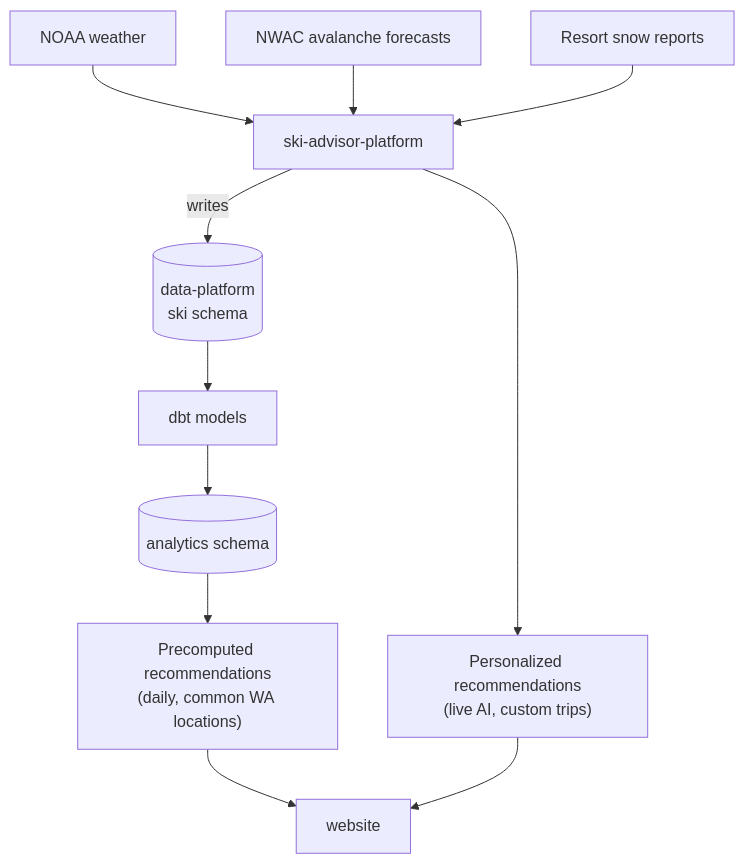
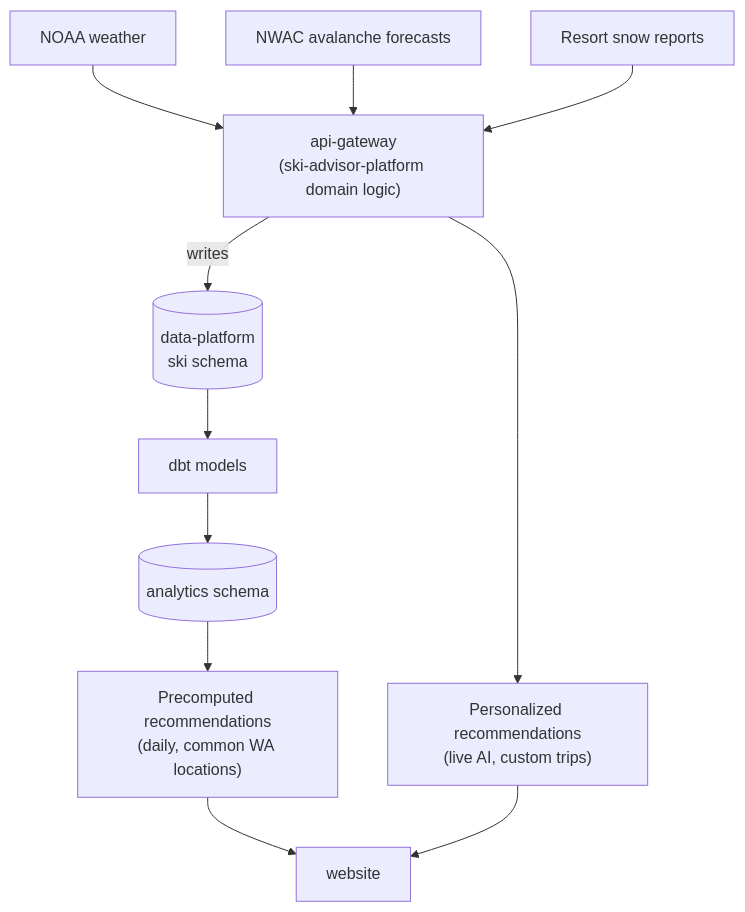
Before and after one commit to wm6000/website: the diagram in docs/diagrams/ski.md, drawn with Mermaid. The commit also changed 4 other files, not shown here.

First line of the commit message:
docs: move to a four-tier architecture with a shared api-gateway repo (#33)

````diff
--- a/docs/diagrams/ski.md
+++ b/docs/diagrams/ski.md
@@ -5,16 +5,19 @@
 ```mermaid
+---
+id: f88968f6-3c85-4bec-b17e-78785bc9bac4
+---
 flowchart TD
-    NOAA["NOAA weather"] --> Ski["ski-advisor-platform"]
-    NWAC["NWAC avalanche forecasts"] --> Ski
-    Resorts["Resort snow reports"] --> Ski
+    NOAA["NOAA weather"] --> ApiGateway["api-gateway<br/>(ski-advisor-platform domain logic)"]
+    NWAC["NWAC avalanche forecasts"] --> ApiGateway
+    Resorts["Resort snow reports"] --> ApiGateway
 
-    Ski -- writes --> SkiSchema[("data-platform<br/>ski schema")]
+    ApiGateway -- writes --> SkiSchema[("data-platform<br/>ski schema")]
     SkiSchema --> Dbt["dbt models"]
     Dbt --> Analytics[("analytics schema")]
 
     Analytics --> Precomputed["Precomputed recommendations<br/>(daily, common WA locations)"]
-    Ski --> Personalized["Personalized recommendations<br/>(live AI, custom trips)"]
+    ApiGateway --> Personalized["Personalized recommendations<br/>(live AI, custom trips)"]
 
     Precomputed --> Website["website"]
     Personalized --> Website
 ```
````
